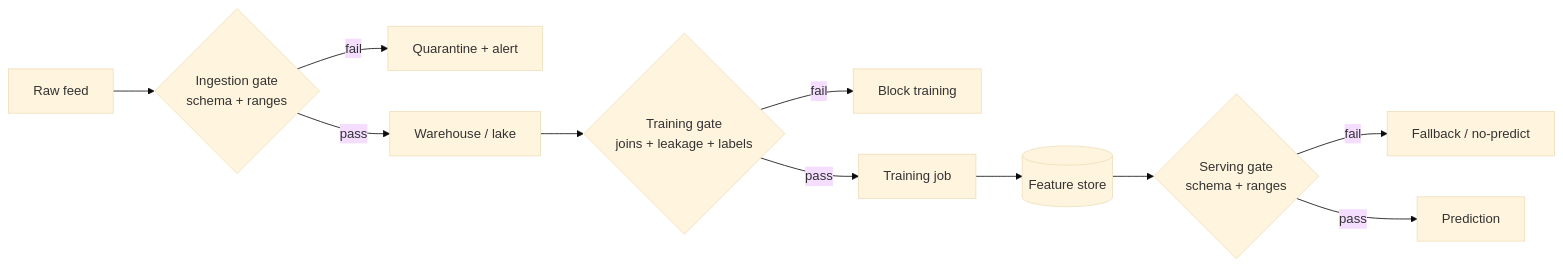
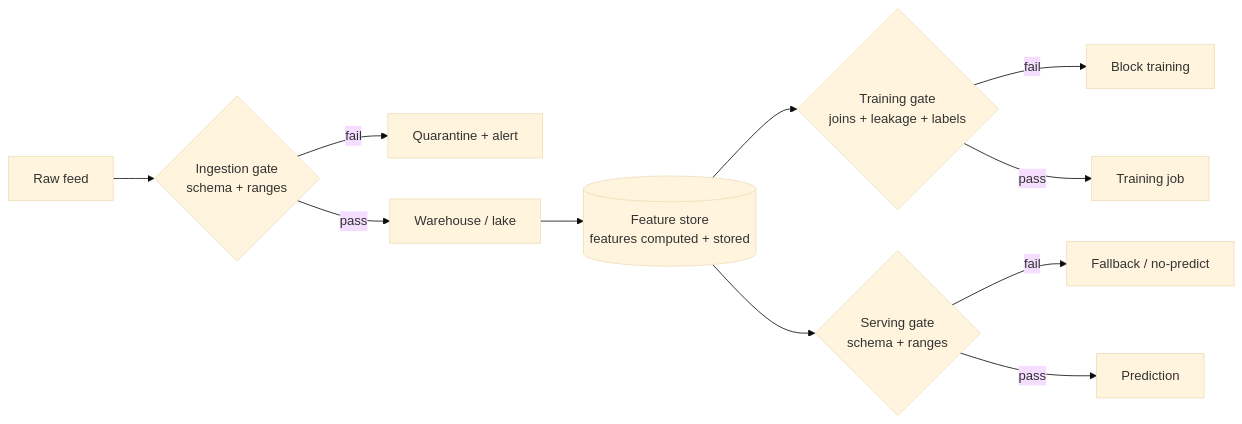
One commit to akshayDev17/ML-Engineer changed the diagram in modules/05-data-engineering-2/README.md. Above: the diagram before and after it, drawn with Mermaid (base theme). The commit also changed other lines of this file, not shown here.

````diff
--- a/modules/05-data-engineering-2/README.md
+++ b/modules/05-data-engineering-2/README.md
@@ -70,13 +91,13 @@
 ```mermaid
 flowchart LR
     RAW[Raw feed] --> G1{Ingestion gate<br/>schema + ranges}
     G1 -->|fail| Q[Quarantine + alert]
     G1 -->|pass| WH[Warehouse / lake]
-    WH --> G2{Training gate<br/>joins + leakage + labels}
+    WH --> FS[(Feature store<br/>features computed + stored)]
+    FS --> G2{Training gate<br/>joins + leakage + labels}
     G2 -->|fail| BLOCK[Block training]
     G2 -->|pass| TRAIN[Training job]
-    TRAIN --> FS[(Feature store)]
     FS --> G3{Serving gate<br/>schema + ranges}
     G3 -->|fail| FALLBACK[Fallback / no-predict]
     G3 -->|pass| PRED[Prediction]
 ```
````
